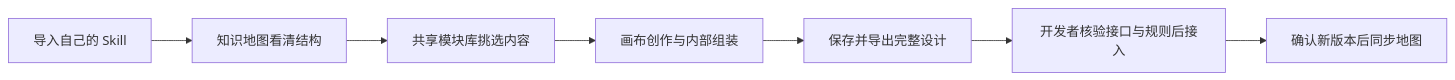
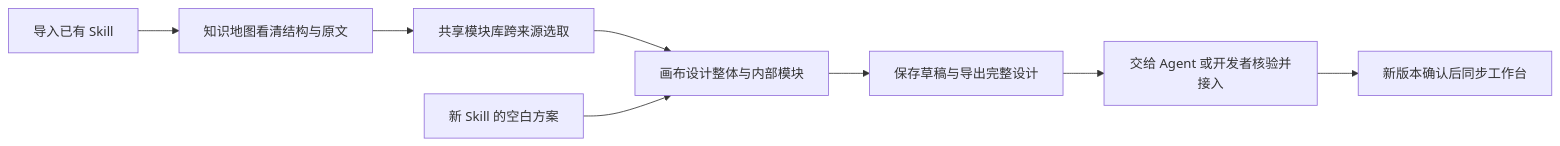
The first of 2 diagrams in README.md (jiangzl1986-gif/skill-workbench), drawn with Mermaid before and after one commit. The commit also changed other lines of this file and 2 other files, not shown here.

Commit message:
Explain visual Skill creation and modular workflows in Chinese and English

````diff
--- a/README.md
+++ b/README.md
@@ -36,9 +50,10 @@
 ```mermaid
 flowchart LR
-  A[导入自己的 Skill] --> B[知识地图看清结构]
-  B --> C[共享模块库挑选内容]
-  C --> D[画布创作与内部组装]
-  D --> E[保存并导出完整设计]
-  E --> F[开发者核验接口与规则后接入]
-  F --> G[确认新版本后同步地图]
+  A[导入已有 Skill] --> B[知识地图看清结构与原文]
+  B --> C[共享模块库跨来源选取]
+  C --> D[画布设计整体与内部模块]
+  N[新 Skill 的空白方案] --> D
+  D --> E[保存草稿与导出完整设计]
+  E --> F[交给 Agent 或开发者核验并接入]
+  F --> G[新版本确认后同步工作台]
 ```
````
